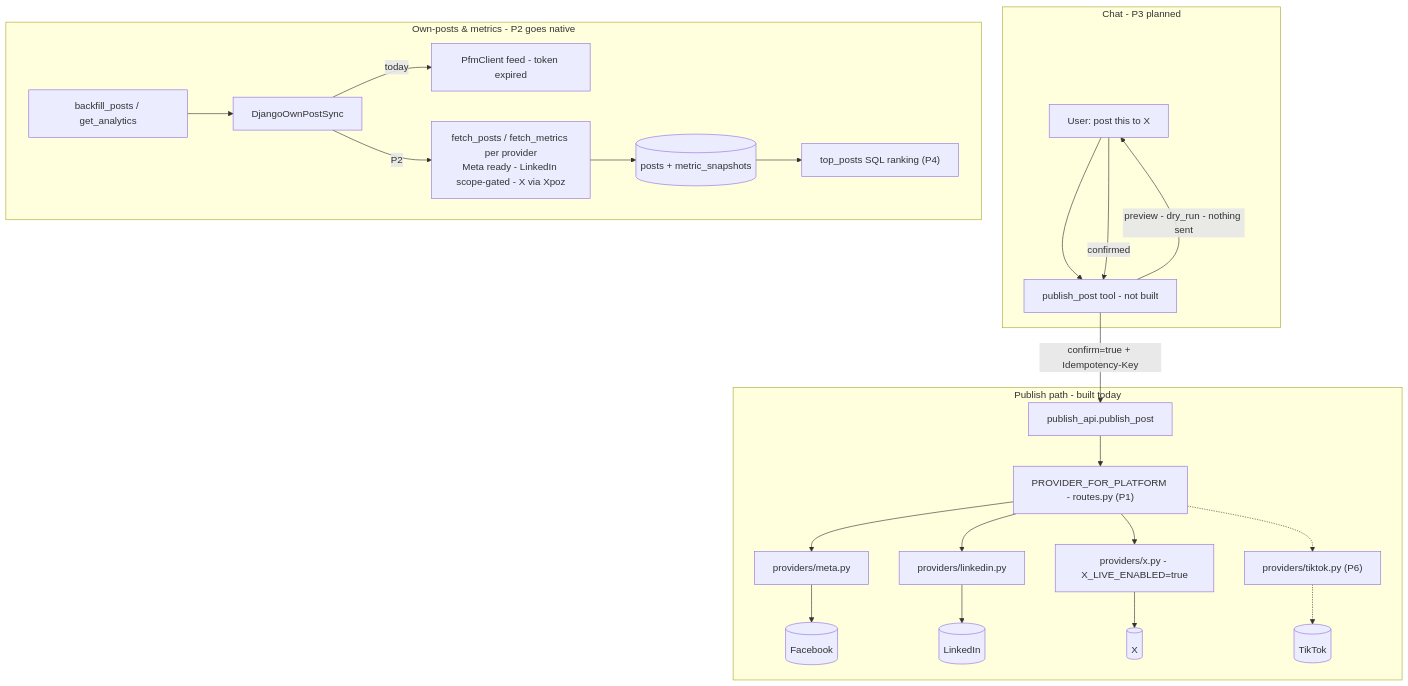
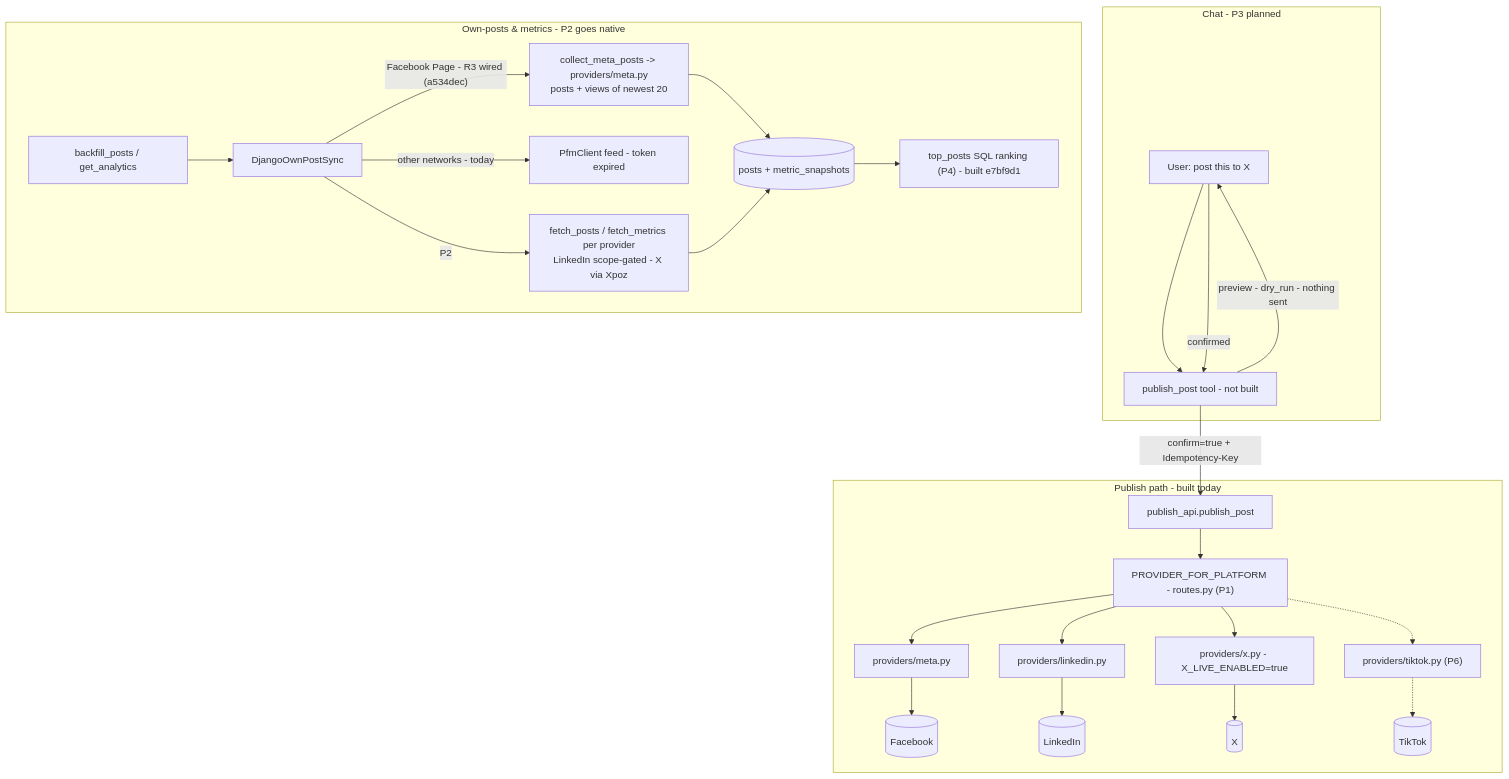
The sixth of 6 diagrams in lumi/docs/flow-map.md (Ateh-Ugoji/Lumi-agent), drawn with Mermaid before and after one commit. The commit also changed other lines of this file and 3 other files, not shown here.

First line of the commit message:
docs: correct publish-from-chat section for R3 Meta read and landed top_posts

````diff
--- a/lumi/docs/flow-map.md
+++ b/lumi/docs/flow-map.md
@@ -399,27 +399,29 @@
 ```mermaid
 flowchart TD
     subgraph CHAT["Chat - P3 planned"]
         U["User: post this to X"] --> T["publish_post tool - not built"]
         T -->|"preview - dry_run - nothing sent"| U
         U -->|"confirmed"| T
     end
     subgraph BE["Publish path - built today"]
         T -->|"confirm=true + Idempotency-Key"| PA["publish_api.publish_post"]
         PA --> R["PROVIDER_FOR_PLATFORM - routes.py (P1)"]
         R --> M["providers/meta.py"]
         R --> L["providers/linkedin.py"]
         R --> XE["providers/x.py - X_LIVE_ENABLED=true"]
         R -.-> TT["providers/tiktok.py (P6)"]
         M --> FB[("Facebook")]
         L --> LI[("LinkedIn")]
         XE --> XX[("X")]
         TT -.-> TT2[("TikTok")]
     end
     subgraph RD["Own-posts & metrics - P2 goes native"]
         BF["backfill_posts / get_analytics"] --> OS["DjangoOwnPostSync"]
-        OS -->|"today"| PFMf["PfmClient feed - token expired"]
-        OS -->|"P2"| NAT["fetch_posts / fetch_metrics per provider<br/>Meta ready - LinkedIn scope-gated - X via Xpoz"]
-        NAT --> POSTS[("posts + metric_snapshots")]
-        POSTS --> TP["top_posts SQL ranking (P4)"]
+        OS -->|"Facebook Page - R3 wired (a534dec)"| MN["collect_meta_posts -> providers/meta.py<br/>posts + views of newest 20"]
+        OS -->|"other networks - today"| PFMf["PfmClient feed - token expired"]
+        OS -->|"P2"| NAT["fetch_posts / fetch_metrics per provider<br/>LinkedIn scope-gated - X via Xpoz"]
+        MN --> POSTS[("posts + metric_snapshots")]
+        NAT --> POSTS
+        POSTS --> TP["top_posts SQL ranking (P4) - built e7bf9d1"]
     end
 ```
````
